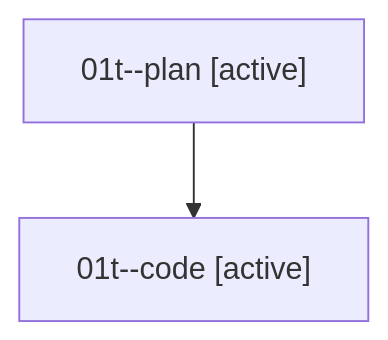
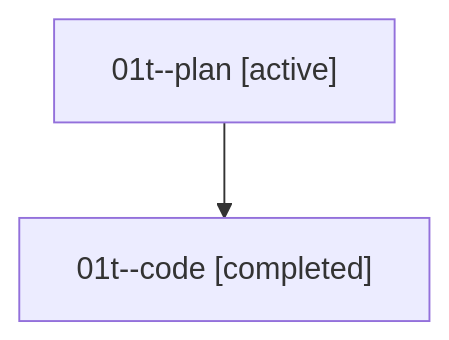
The diagram in families/bbugyi200.athena.01t.md (sase-org/sase--agents), drawn with Mermaid before and after one commit. The commit also changed other lines of this file and 35830 other files, not shown here.

````diff
--- a/families/bbugyi200.athena.01t.md
+++ b/families/bbugyi200.athena.01t.md
@@ -9,6 +9,6 @@
 ```mermaid
 flowchart TD
   n0["01t--plan [active]"]
-  n1["01t--code [active]"]
+  n1["01t--code [completed]"]
   n0 --> n1
 ```
````
